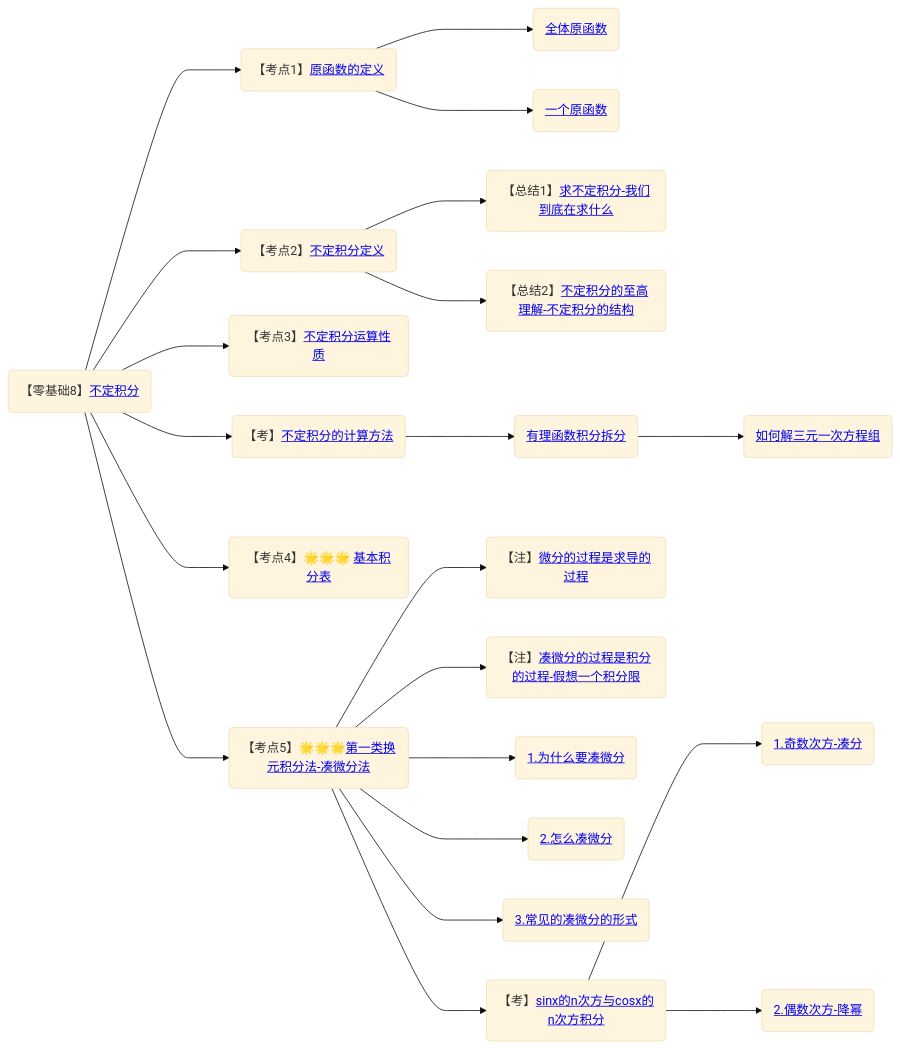
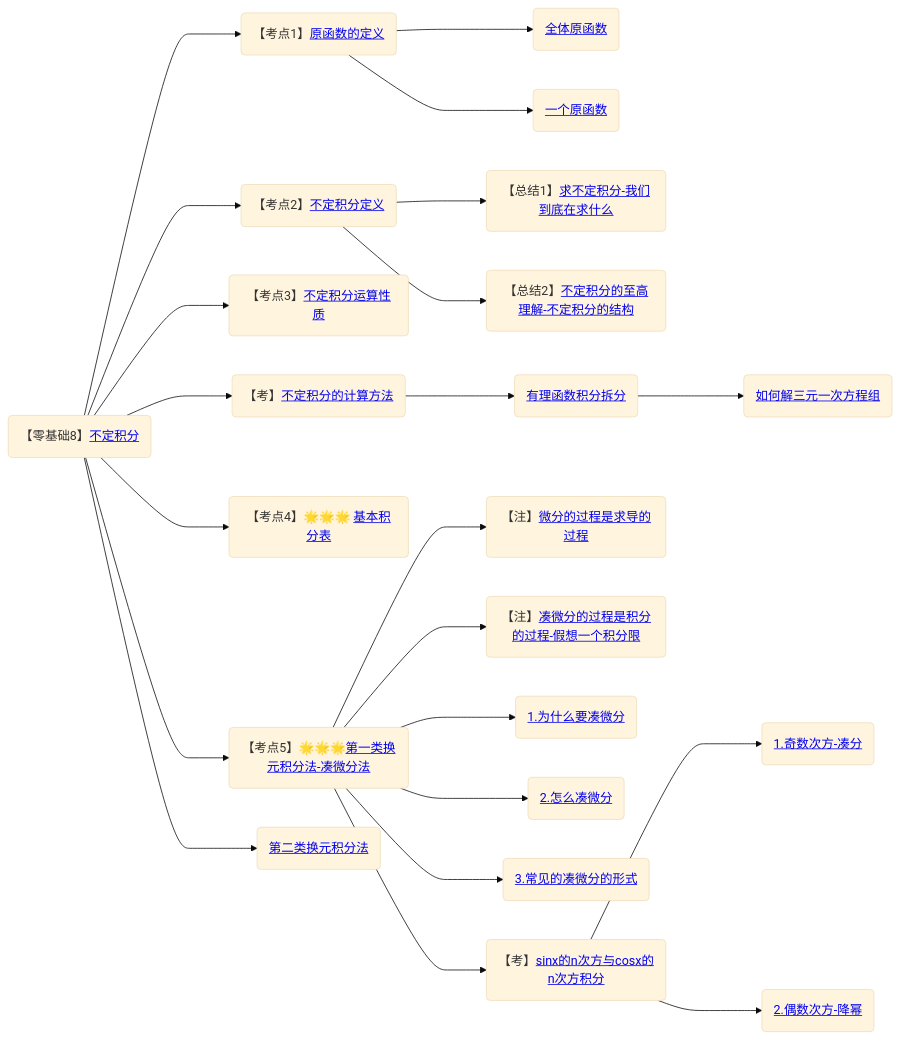
One commit to yuebinghui/note changed the tenth of 11 diagrams in 笔记/数学/周洋鑫/框架.md. Above: the diagram before and after it, drawn with Mermaid (base theme). The commit also changed 8 other files, not shown here.

````diff
--- a/笔记/数学/周洋鑫/框架.md
+++ b/笔记/数学/周洋鑫/框架.md
@@ -301,31 +301,33 @@
 ```mermaid
 graph LR
 
 不定积分(【零基础8】<a target="_blank"  href="/Users/yuebinghui/Documents/program/github/note/笔记/数学/周洋鑫/13.零基础核心考点精讲12-1.md#不定积分">不定积分</>)
 
 不定积分--->原函数的定义(【考点1】<a  href="/Users/yuebinghui/Documents/program/github/note/笔记/数学/周洋鑫/13.零基础核心考点精讲12-1.md#原函数的定义">原函数的定义</>)
 原函数的定义--->全体原函数(<a target="_blank"  href="/Users/yuebinghui/Documents/program/github/note/笔记/数学/周洋鑫/13.零基础核心考点精讲12-1.md#全体原函数">全体原函数</>)
 原函数的定义--->一个原函数(<a target="_blank"  href="/Users/yuebinghui/Documents/program/github/note/笔记/数学/周洋鑫/13.零基础核心考点精讲12-1.md#一个原函数">一个原函数</>)
 
 不定积分--->不定积分定义(【考点2】<a target="_blank"  href="/Users/yuebinghui/Documents/program/github/note/笔记/数学/周洋鑫/13.零基础核心考点精讲12-1.md#不定积分定义">不定积分定义</>)
 不定积分定义--->求不定积分-我们到底在求什么(【总结1】<a target="_blank"  href="/Users/yuebinghui/Documents/program/github/note/笔记/数学/周洋鑫/13.零基础核心考点精讲12-1.md#求不定积分-我们到底在求什么">求不定积分-我们到底在求什么</>)
 不定积分定义--->不定积分的至高理解-不定积分的结构(【总结2】<a target="_blank"  href="/Users/yuebinghui/Documents/program/github/note/笔记/数学/周洋鑫/13.零基础核心考点精讲12-1.md#不定积分的至高理解-不定积分的结构">不定积分的至高理解-不定积分的结构</>)
 
 不定积分--->不定积分运算性质(【考点3】<a target="_blank"  href="/Users/yuebinghui/Documents/program/github/note/笔记/数学/周洋鑫/13.零基础核心考点精讲12-1.md#不定积分运算性质">不定积分运算性质</>)
 
 不定积分--->不定积分的计算方法(【考】<a target="_blank"  href="/Users/yuebinghui/Documents/program/github/note/笔记/数学/周洋鑫/13.零基础核心考点精讲12-1.md#不定积分的计算方法">不定积分的计算方法</>)
 不定积分的计算方法--->有理函数积分拆分(<a target="_blank"  href="/Users/yuebinghui/Documents/program/github/note/笔记/数学/周洋鑫/13.零基础核心考点精讲12-1.md#有理函数积分拆分">有理函数积分拆分</>)
 有理函数积分拆分--->如何解三元一次方程组(<a target="_blank"  href="/Users/yuebinghui/Documents/program/github/note/笔记/数学/周洋鑫/13.零基础核心考点精讲12-1.md#如何解三元一次方程组">如何解三元一次方程组</>)
 
 不定积分--->基本积分表(【考点4】🌟🌟🌟 <a target="_blank"  href="/Users/yuebinghui/Documents/program/github/note/笔记/数学/周洋鑫/13.零基础核心考点精讲12-1.md#基本积分表">基本积分表</>)
 
 不定积分--->第一类换元积分法-凑微分法(【考点5】🌟🌟🌟<a target="_blank"  href="/Users/yuebinghui/Documents/program/github/note/笔记/数学/周洋鑫/13.零基础核心考点精讲12-1.md#第一类换元积分法-凑微分法">第一类换元积分法-凑微分法</>)
 第一类换元积分法-凑微分法--->微分的过程是求导的过程(【注】<a target="_blank"  href="/Users/yuebinghui/Documents/program/github/note/笔记/数学/周洋鑫/13.零基础核心考点精讲12-1.md#微分的过程是求导的过程">微分的过程是求导的过程</>)
 第一类换元积分法-凑微分法--->凑微分的过程是积分的过程-假想一个积分限(【注】<a  target="_blank" href="/Users/yuebinghui/Documents/program/github/note/笔记/数学/周洋鑫/13.零基础核心考点精讲12-1.md#凑微分的过程是积分的过程-假想一个积分限">凑微分的过程是积分的过程-假想一个积分限</>)
 第一类换元积分法-凑微分法--->1.为什么要凑微分(<a target="_blank"  href="/Users/yuebinghui/Documents/program/github/note/笔记/数学/周洋鑫/13.零基础核心考点精讲12-1.md#1.为什么要凑微分">1.为什么要凑微分</>)
 第一类换元积分法-凑微分法--->2.怎么凑微分(<a target="_blank"  href="/Users/yuebinghui/Documents/program/github/note/笔记/数学/周洋鑫/13.零基础核心考点精讲12-1.md#2.怎么凑微分">2.怎么凑微分</>)
 第一类换元积分法-凑微分法--->3.常见的凑微分的形式(<a href="/Users/yuebinghui/Documents/program/github/note/笔记/数学/周洋鑫/13.零基础核心考点精讲12-1.md#3.常见的凑微分的形式">3.常见的凑微分的形式</>)
 第一类换元积分法-凑微分法--->sinx的n次方与cosx的n次方积分(【考】<a href="/Users/yuebinghui/Documents/program/github/note/笔记/数学/周洋鑫/14.零基础核心考点精讲13-1.md#sinx的n次方与cosx的n次方积分">sinx的n次方与cosx的n次方积分</>)
 sinx的n次方与cosx的n次方积分--->1.奇数次方-凑分(<a href="/Users/yuebinghui/Documents/program/github/note/笔记/数学/周洋鑫/14.零基础核心考点精讲13-1.md#1.奇数次方-凑分">1.奇数次方-凑分</>)
 sinx的n次方与cosx的n次方积分--->2.偶数次方-降幂(<a href="/Users/yuebinghui/Documents/program/github/note/笔记/数学/周洋鑫/14.零基础核心考点精讲13-1.md#2.偶数次方-降幂">2.偶数次方-降幂</>)
+
+不定积分---> 第二类换元积分法(<a href="/Users/yuebinghui/Documents/program/github/note/笔记/数学/周洋鑫/14.零基础核心考点精讲13-1.md#第二类换元积分法">第二类换元积分法</>)
 ```
````
